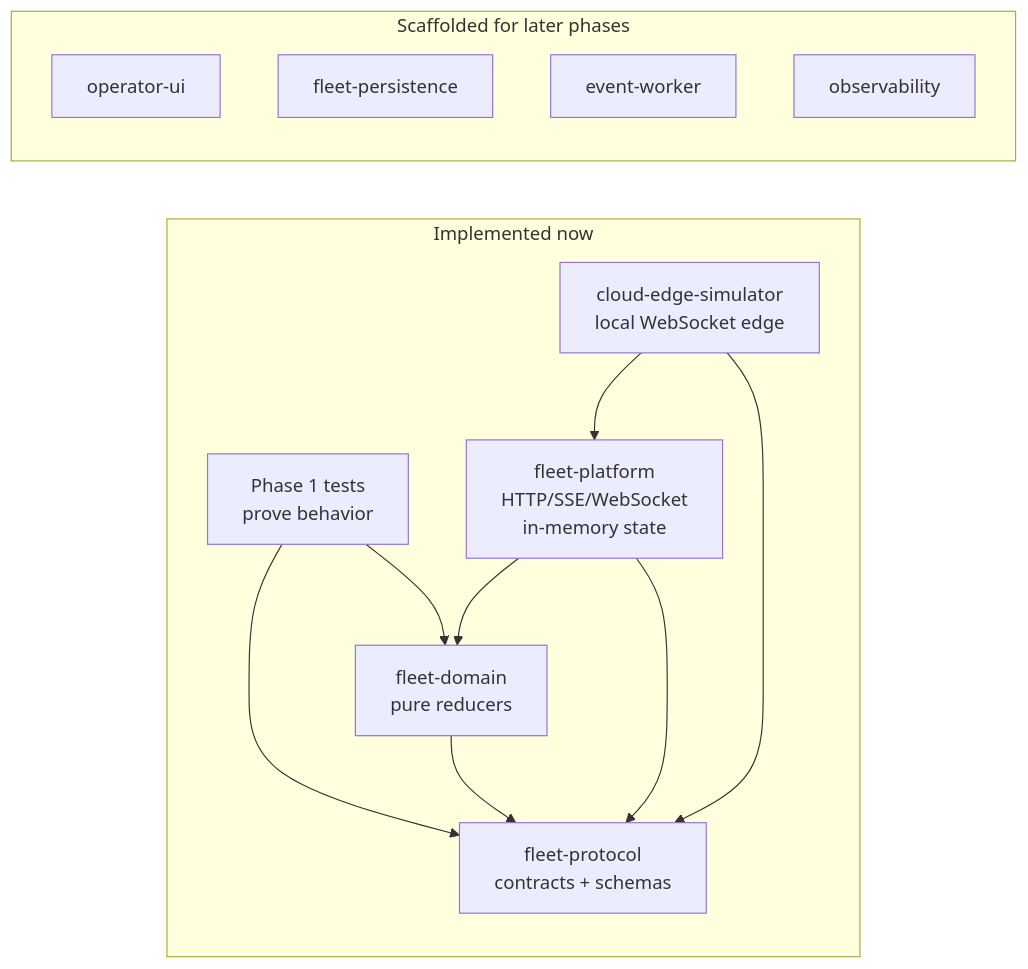
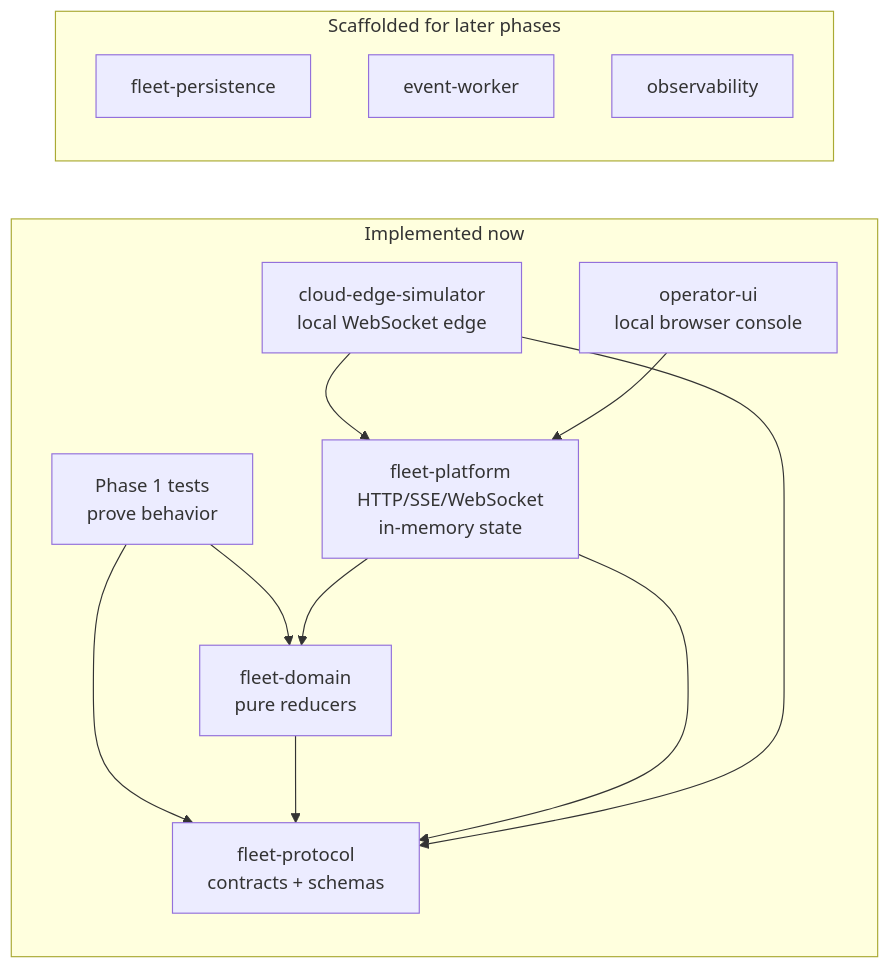
One commit to reinhard-z/RoboOps-Control-Plane changed the first of 4 diagrams in docs/architecture/current-architecture.md. Above: the diagram before and after it, drawn with Mermaid. The commit also changed other lines of this file and 10 other files, not shown here.

Commit message:
feat(operator-ui): add local incident demo console

````diff
--- a/docs/architecture/current-architecture.md
+++ b/docs/architecture/current-architecture.md
@@ -24,24 +29,25 @@
 ```mermaid
 flowchart LR
   subgraph Implemented["Implemented now"]
     Tests["Phase 1 tests<br/>prove behavior"]
     Domain["fleet-domain<br/>pure reducers"]
     Protocol["fleet-protocol<br/>contracts + schemas"]
     Api["fleet-platform<br/>HTTP/SSE/WebSocket<br/>in-memory state"]
     Simulator["cloud-edge-simulator<br/>local WebSocket edge"]
+    UI["operator-ui<br/>local browser console"]
     Tests --> Domain
     Tests --> Protocol
     Domain --> Protocol
     Api --> Domain
     Api --> Protocol
     Simulator --> Protocol
     Simulator --> Api
+    UI --> Api
   end
 
   subgraph Placeholders["Scaffolded for later phases"]
-    UI["operator-ui"]
     Persistence["fleet-persistence"]
     Worker["event-worker"]
     Observability["observability"]
   end
 ```
````
